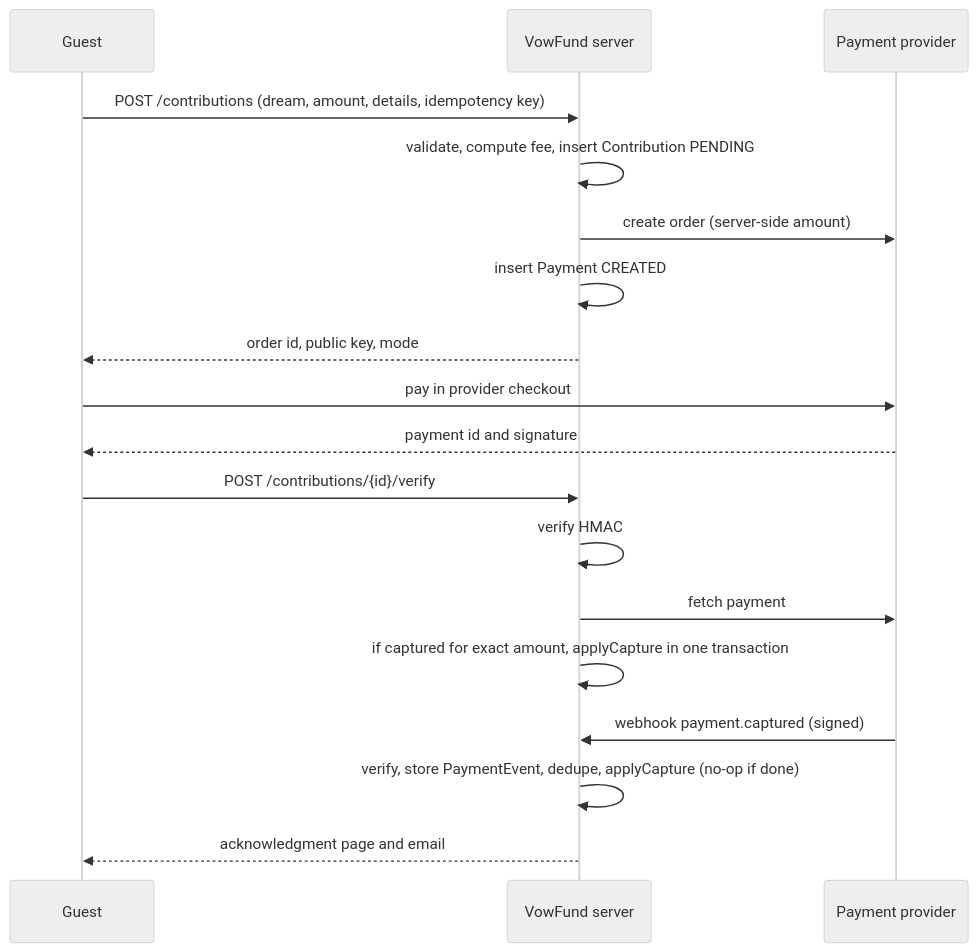
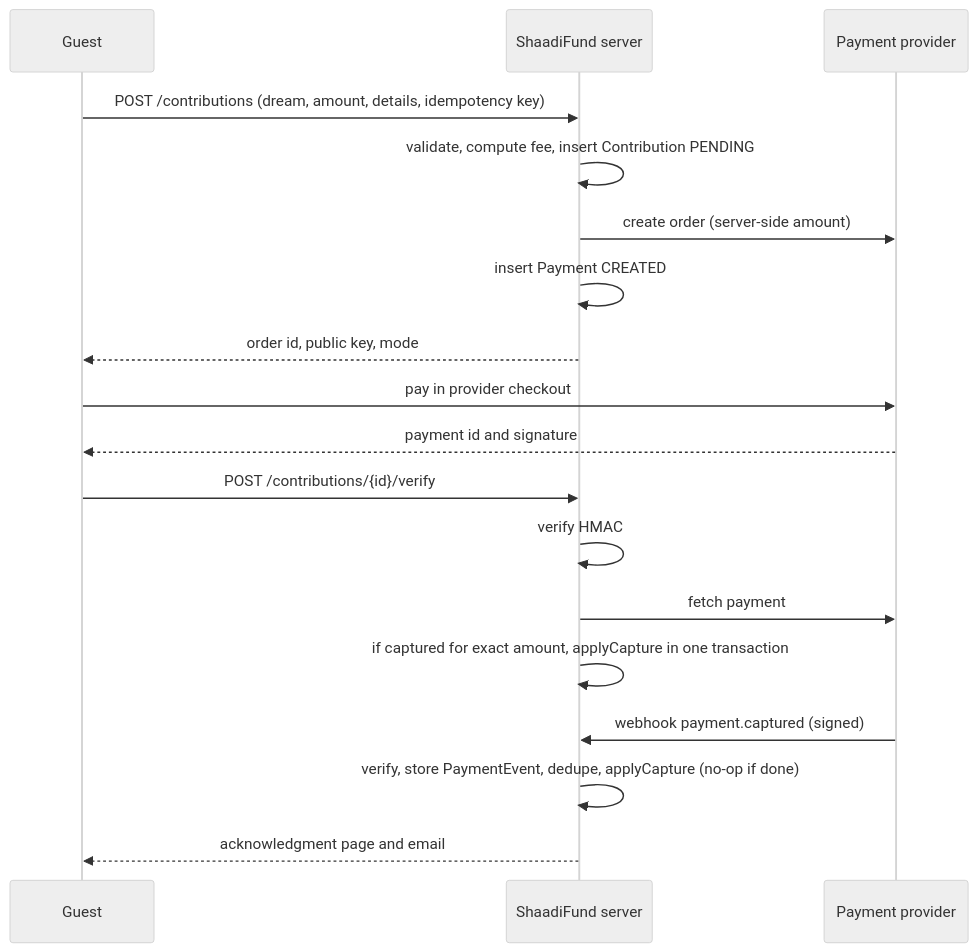
The third of 3 diagrams in ARCHITECTURE.md (pankaj-cod/ShaadiFund), drawn with Mermaid (neutral theme) before and after one commit. The commit also changed other lines of this file and 62 other files, not shown here.

First line of the commit message:
Redesign with a warm, cinematic look and rename the product to ShaadiFund

````diff
--- a/ARCHITECTURE.md
+++ b/ARCHITECTURE.md
@@ -145,20 +145,20 @@
 ```mermaid
 sequenceDiagram
   participant G as Guest
-  participant A as VowFund server
+  participant A as ShaadiFund server
   participant P as Payment provider
   G->>A: POST /contributions (dream, amount, details, idempotency key)
   A->>A: validate, compute fee, insert Contribution PENDING
   A->>P: create order (server-side amount)
   A->>A: insert Payment CREATED
   A-->>G: order id, public key, mode
   G->>P: pay in provider checkout
   P-->>G: payment id and signature
   G->>A: POST /contributions/{id}/verify
   A->>A: verify HMAC
   A->>P: fetch payment
   A->>A: if captured for exact amount, applyCapture in one transaction
   P->>A: webhook payment.captured (signed)
   A->>A: verify, store PaymentEvent, dedupe, applyCapture (no-op if done)
   A-->>G: acknowledgment page and email
 ```
````
